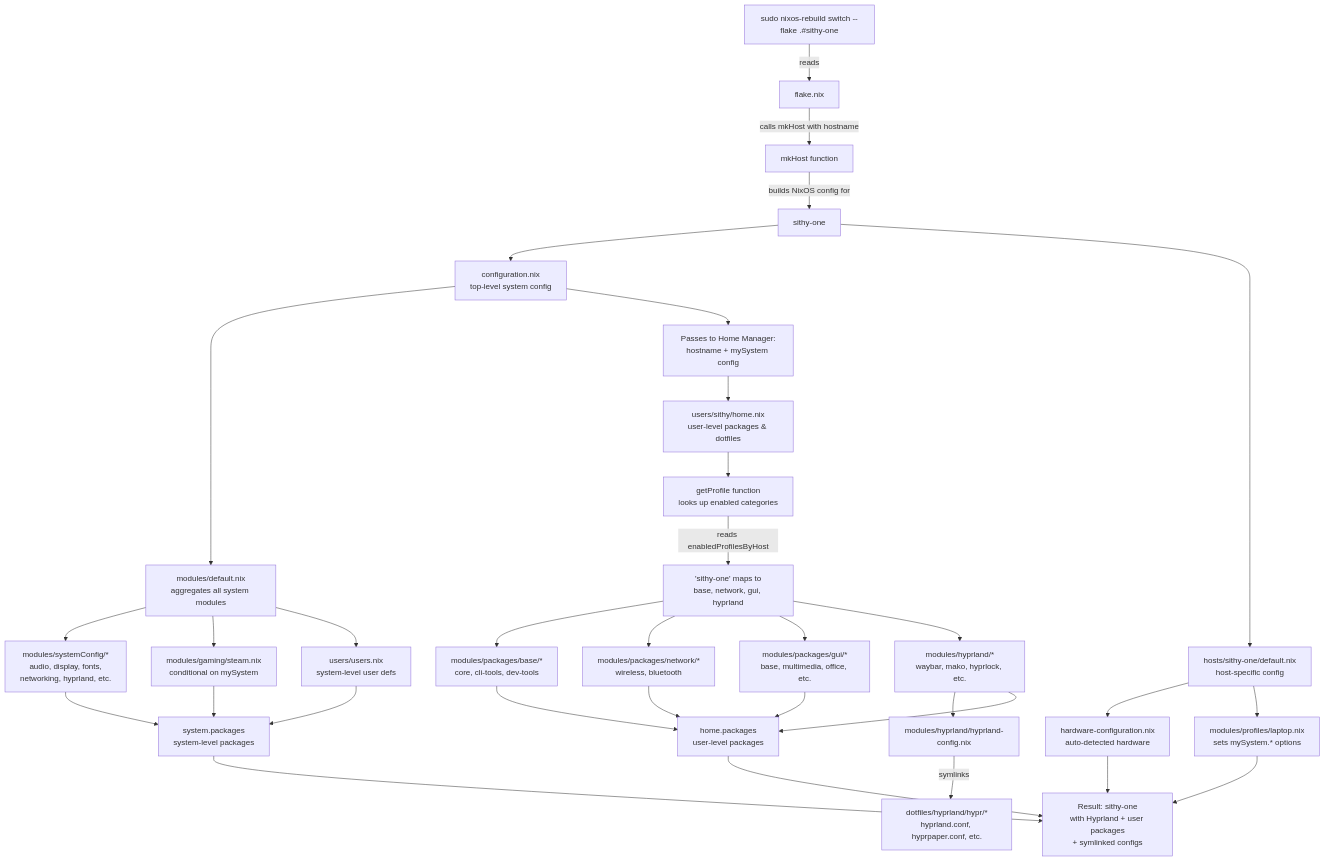
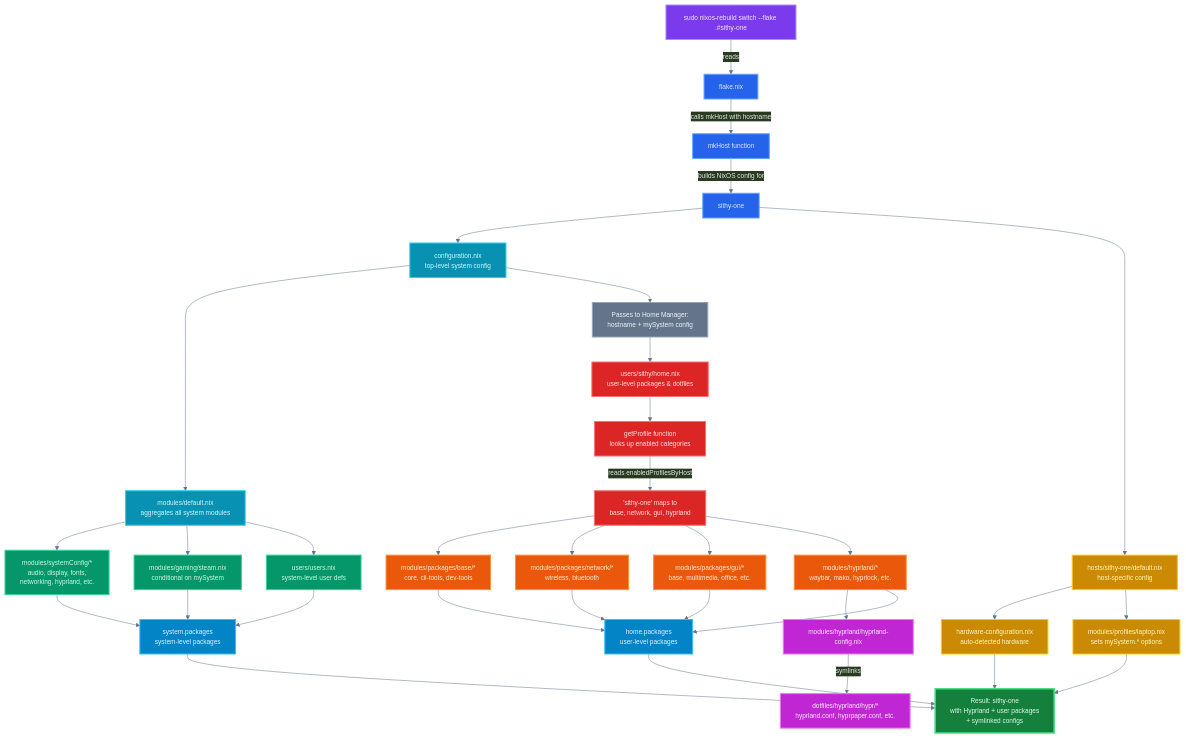
The diagram in README.md (sithypenguin/nix-config), drawn with Mermaid before and after one commit. The commit also changed other lines of this file, not shown here.

Commit message:
Add color scheme to mermaid graph

````diff
--- a/README.md
+++ b/README.md
@@ -44,42 +44,62 @@
 ```mermaid
+%%{init: {'theme':'base', 'themeVariables': {
+  'primaryColor':'#1e293b',
+  'primaryTextColor':'#e2e8f0',
+  'primaryBorderColor':'#475569',
+  'lineColor':'#64748b',
+  'fontSize':'13px',
+  'fontFamily':'monospace'
+}}}%%
 graph TD
-    A["sudo nixos-rebuild switch --flake .#sithy-one"] -->|reads| B["flake.nix"]
-    B -->|calls mkHost with hostname| C["mkHost function"]
-    C -->|builds NixOS config for| D["sithy-one"]
+    A["sudo nixos-rebuild switch --flake .#sithy-one"]:::command -->|reads| B["flake.nix"]:::flake
+    B -->|calls mkHost with hostname| C["mkHost function"]:::flake
+    C -->|builds NixOS config for| D["sithy-one"]:::flake
     
-    D --> E["configuration.nix<br/>top-level system config"]
-    E --> F["modules/default.nix<br/>aggregates all system modules"]
-    F --> G["modules/systemConfig/*<br/>audio, display, fonts,<br/>networking, hyprland, etc."]
-    F --> H["modules/gaming/steam.nix<br/>conditional on mySystem"]
-    F --> I["users/users.nix<br/>system-level user defs"]
+    D --> E["configuration.nix<br/>top-level system config"]:::sysConfig
+    E --> F["modules/default.nix<br/>aggregates all system modules"]:::sysConfig
+    F --> G["modules/systemConfig/*<br/>audio, display, fonts,<br/>networking, hyprland, etc."]:::sysModules
+    F --> H["modules/gaming/steam.nix<br/>conditional on mySystem"]:::sysModules
+    F --> I["users/users.nix<br/>system-level user defs"]:::sysModules
     
-    D --> J["hosts/sithy-one/default.nix<br/>host-specific config"]
-    J --> K["hardware-configuration.nix<br/>auto-detected hardware"]
-    J --> L["modules/profiles/laptop.nix<br/>sets mySystem.* options"]
+    D --> J["hosts/sithy-one/default.nix<br/>host-specific config"]:::hostFiles
+    J --> K["hardware-configuration.nix<br/>auto-detected hardware"]:::hostFiles
+    J --> L["modules/profiles/laptop.nix<br/>sets mySystem.* options"]:::hostFiles
     
-    E --> M["Passes to Home Manager:<br/>hostname + mySystem config"]
-    M --> N["users/sithy/home.nix<br/>user-level packages & dotfiles"]
-    N --> O["getProfile function<br/>looks up enabled categories"]
-    O -->|reads enabledProfilesByHost| P["'sithy-one' maps to<br/>base, network, gui, hyprland"]
-    P --> Q["modules/packages/base/*<br/>core, cli-tools, dev-tools"]
-    P --> R["modules/packages/network/*<br/>wireless, bluetooth"]
-    P --> S["modules/packages/gui/*<br/>base, multimedia, office, etc."]
-    P --> T["modules/hyprland/*<br/>waybar, mako, hyprlock, etc."]
+    E --> M["Passes to Home Manager:<br/>hostname + mySystem config"]:::bridge
+    M --> N["users/sithy/home.nix<br/>user-level packages & dotfiles"]:::hmConfig
+    N --> O["getProfile function<br/>looks up enabled categories"]:::hmConfig
+    O -->|reads enabledProfilesByHost| P["'sithy-one' maps to<br/>base, network, gui, hyprland"]:::hmConfig
+    P --> Q["modules/packages/base/*<br/>core, cli-tools, dev-tools"]:::packages
+    P --> R["modules/packages/network/*<br/>wireless, bluetooth"]:::packages
+    P --> S["modules/packages/gui/*<br/>base, multimedia, office, etc."]:::packages
+    P --> T["modules/hyprland/*<br/>waybar, mako, hyprlock, etc."]:::packages
     
-    T --> U["modules/hyprland/hyprland-config.nix"]
-    U -->|symlinks| V["dotfiles/hyprland/hypr/*<br/>hyprland.conf, hyprpaper.conf, etc."]
+    T --> U["modules/hyprland/hyprland-config.nix"]:::dotfiles
+    U -->|symlinks| V["dotfiles/hyprland/hypr/*<br/>hyprland.conf, hyprpaper.conf, etc."]:::dotfiles
     
-    Q --> W["home.packages<br/>user-level packages"]
+    Q --> W["home.packages<br/>user-level packages"]:::output
     R --> W
     S --> W
     T --> W
     
-    G --> X["system.packages<br/>system-level packages"]
+    G --> X["system.packages<br/>system-level packages"]:::output
     H --> X
     I --> X
     
-    W --> Y["Result: sithy-one<br/>with Hyprland + user packages<br/>+ symlinked configs"]
+    W --> Y["Result: sithy-one<br/>with Hyprland + user packages<br/>+ symlinked configs"]:::final
     X --> Y
     L --> Y
     K --> Y
+    
+    classDef command fill:#7c3aed,stroke:#a78bfa,stroke-width:2px,color:#f3e8ff
+    classDef flake fill:#2563eb,stroke:#60a5fa,stroke-width:2px,color:#dbeafe
+    classDef sysConfig fill:#0891b2,stroke:#22d3ee,stroke-width:2px,color:#cffafe
+    classDef sysModules fill:#059669,stroke:#34d399,stroke-width:2px,color:#d1fae5
+    classDef hostFiles fill:#ca8a04,stroke:#facc15,stroke-width:2px,color:#fef9c3
+    classDef bridge fill:#64748b,stroke:#94a3b8,stroke-width:2px,color:#f1f5f9
+    classDef hmConfig fill:#dc2626,stroke:#f87171,stroke-width:2px,color:#fee2e2
+    classDef packages fill:#ea580c,stroke:#fb923c,stroke-width:2px,color:#ffedd5
+    classDef dotfiles fill:#c026d3,stroke:#e879f9,stroke-width:2px,color:#fae8ff
+    classDef output fill:#0284c7,stroke:#38bdf8,stroke-width:2px,color:#e0f2fe
+    classDef final fill:#15803d,stroke:#4ade80,stroke-width:3px,color:#dcfce7
 ```
````
